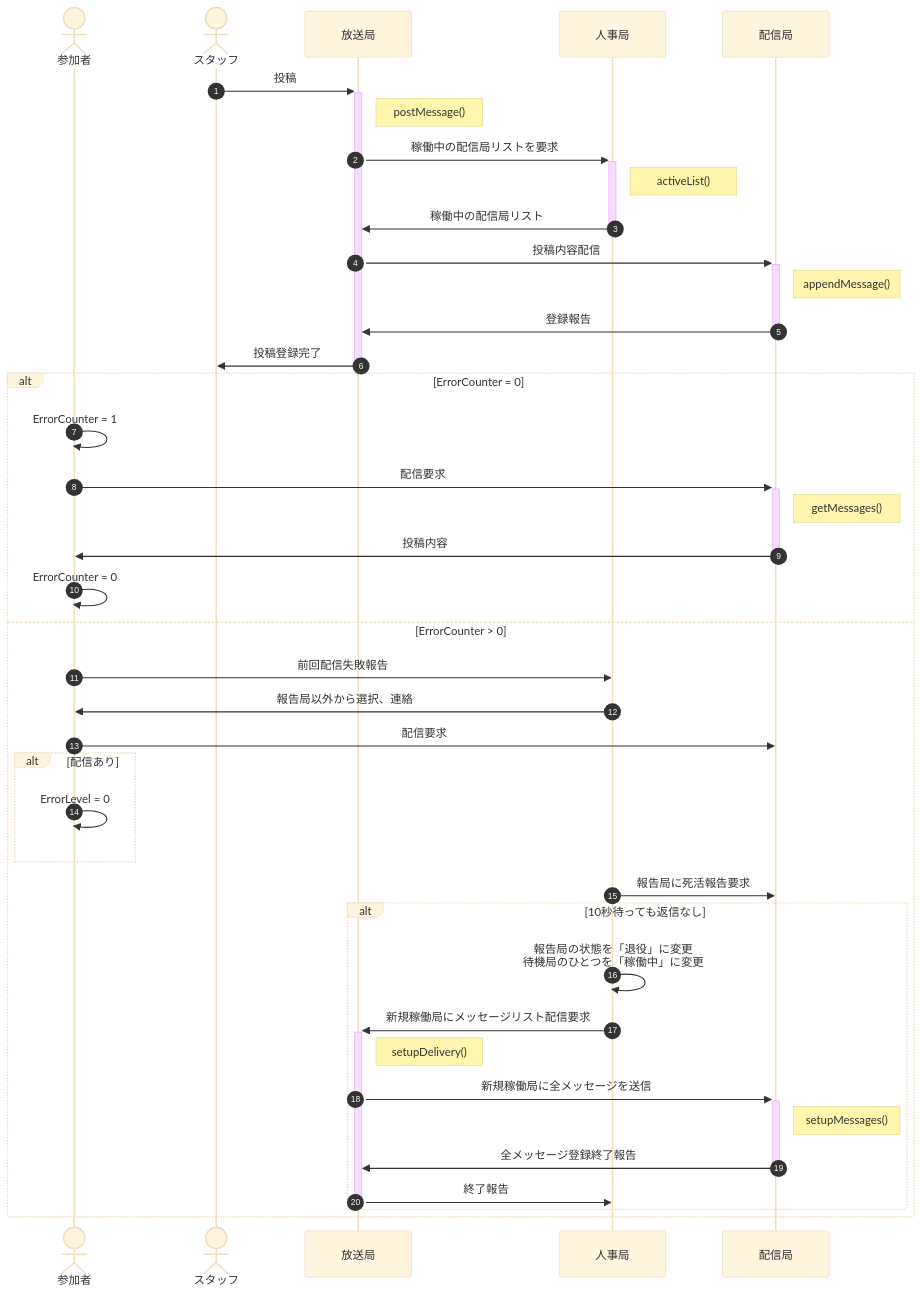
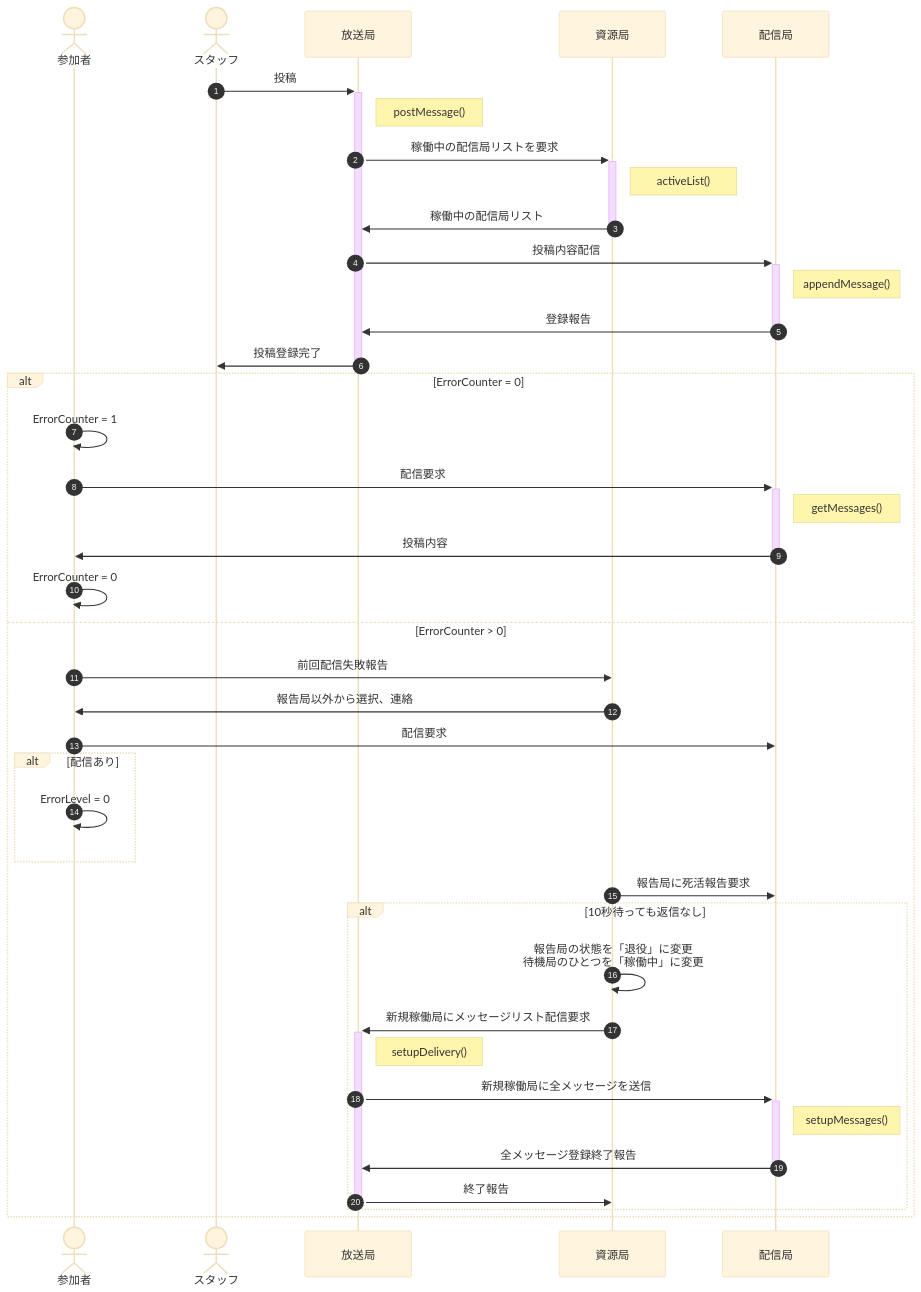
One commit to nakaone/EventStaff changed the fourth of 5 diagrams in doc/server.md. Above: the diagram before and after it, drawn with Mermaid (base theme). The commit also changed other lines of this file and 7 other files, not shown here.

````diff
--- a/doc/server.md
+++ b/doc/server.md
@@ -180,46 +207,46 @@
 ```mermaid
 sequenceDiagram
   autonumber
   actor guest as 参加者
   actor staff as スタッフ
   participant broad as 放送局
-  participant agency as 人事局
+  participant agency as 資源局
   participant delivery as 配信局
 
   staff ->>+ broad : 投稿
   Note right of broad : postMessage()
   broad ->>+ agency : 稼働中の配信局リストを要求
   Note right of agency : activeList()
   agency ->>- broad : 稼働中の配信局リスト
   broad ->>+ delivery : 投稿内容配信
   Note right of delivery : appendMessage()
   delivery ->>- broad : 登録報告
   broad ->>- staff : 投稿登録完了
 
   alt ErrorCounter = 0
     guest ->> guest : ErrorCounter = 1
     guest ->>+ delivery : 配信要求
     Note right of delivery : getMessages()
     delivery ->>- guest : 投稿内容
     guest ->> guest : ErrorCounter = 0
 
   else ErrorCounter > 0
     guest ->> agency : 前回配信失敗報告
     agency ->> guest : 報告局以外から選択、連絡
     guest ->> delivery : 配信要求
     alt 配信あり
       guest ->> guest : ErrorLevel = 0
     end
 
     agency ->> delivery : 報告局に死活報告要求
     alt 10秒待っても返信なし
       agency ->> agency : 報告局の状態を「退役」に変更<br>待機局のひとつを「稼働中」に変更
       agency ->>+ broad : 新規稼働局にメッセージリスト配信要求
       Note right of broad : setupDelivery()
       broad ->>+ delivery : 新規稼働局に全メッセージを送信
       Note right of delivery : setupMessages()
       delivery ->>- broad : 全メッセージ登録終了報告
       broad ->>- agency : 終了報告
     end
   end
 ```
````
